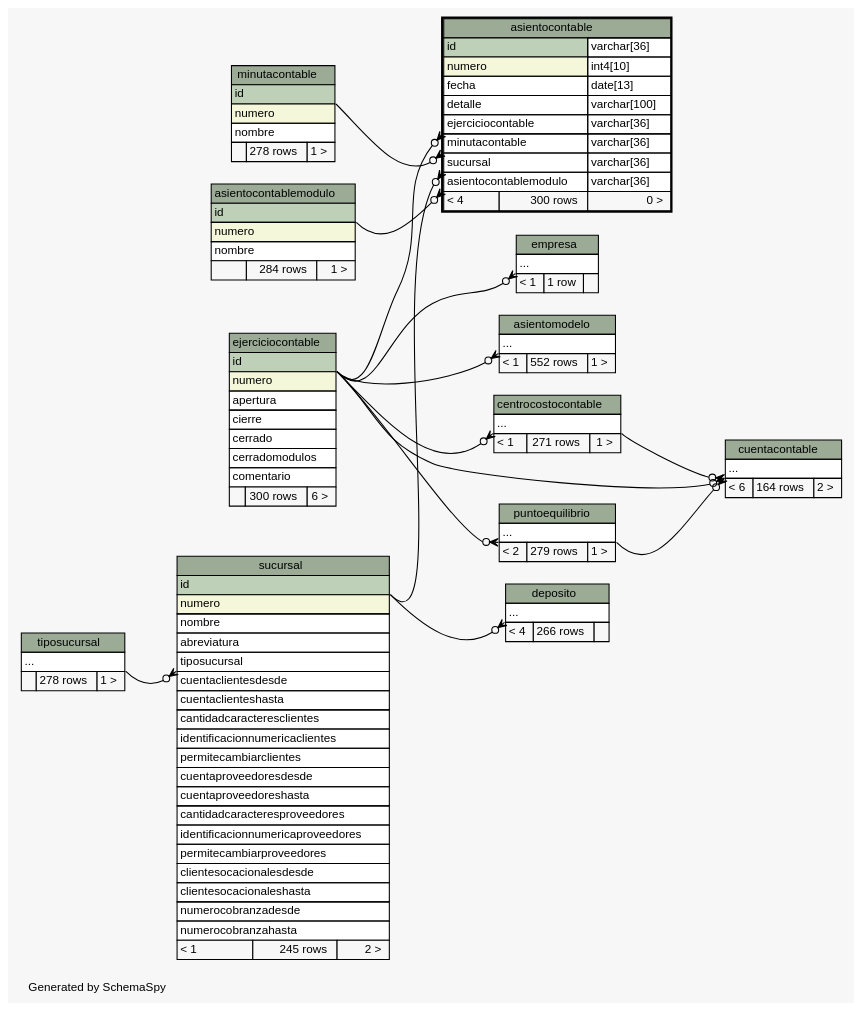
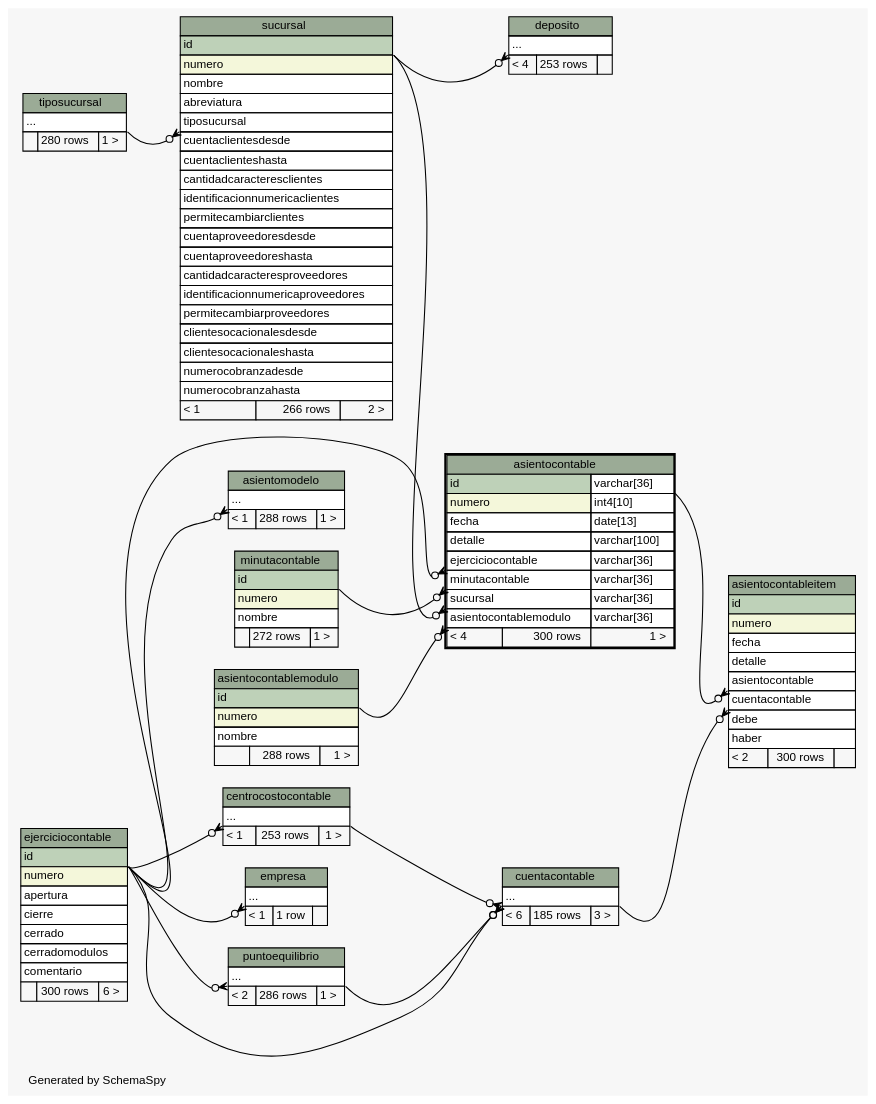
Before and after one commit to diegopablomansilla/massoftware_front: the diagram in postgresql/schemaSpy/salida/diagrams/asientocontable.2degrees.dot, drawn with Graphviz. The commit also changed 546 other files, not shown here.

```diff
--- a/postgresql/schemaSpy/salida/diagrams/asientocontable.2degrees.dot
+++ b/postgresql/schemaSpy/salida/diagrams/asientocontable.2degrees.dot
@@ -23,6 +23,8 @@
   "asientocontable":"ejerciciocontable":sw -> "ejerciciocontable":"id":se [arrowhead=none dir=back arrowtail=crowodot];
   "asientocontable":"minutacontable":sw -> "minutacontable":"id":se [arrowhead=none dir=back arrowtail=crowodot];
   "asientocontable":"sucursal":sw -> "sucursal":"id":se [arrowhead=none dir=back arrowtail=crowodot];
+  "asientocontableitem":"asientocontable":sw -> "asientocontable":"id.type":se [arrowhead=none dir=back arrowtail=crowodot];
+  "asientocontableitem":"cuentacontable":sw -> "cuentacontable":"elipses":se [arrowhead=none dir=back arrowtail=crowodot];
   "asientomodelo":"elipses":sw -> "ejerciciocontable":"id":se [arrowhead=none dir=back arrowtail=crowodot];
   "centrocostocontable":"elipses":sw -> "ejerciciocontable":"id":se [arrowhead=none dir=back arrowtail=crowodot];
   "cuentacontable":"elipses":sw -> "centrocostocontable":"elipses":se [arrowhead=none dir=back arrowtail=crowodot];
@@ -44,10 +46,27 @@
       <TR><TD PORT="minutacontable" COLSPAN="2" ALIGN="LEFT">minutacontable</TD><TD PORT="minutacontable.type" ALIGN="LEFT">varchar[36]</TD></TR>
       <TR><TD PORT="sucursal" COLSPAN="2" ALIGN="LEFT">sucursal</TD><TD PORT="sucursal.type" ALIGN="LEFT">varchar[36]</TD></TR>
       <TR><TD PORT="asientocontablemodulo" COLSPAN="2" ALIGN="LEFT">asientocontablemodulo</TD><TD PORT="asientocontablemodulo.type" ALIGN="LEFT">varchar[36]</TD></TR>
-      <TR><TD ALIGN="LEFT" BGCOLOR="#f7f7f7">&lt; 4</TD><TD ALIGN="RIGHT" BGCOLOR="#f7f7f7">300 rows</TD><TD ALIGN="RIGHT" BGCOLOR="#f7f7f7">0 &gt;</TD></TR>
+      <TR><TD ALIGN="LEFT" BGCOLOR="#f7f7f7">&lt; 4</TD><TD ALIGN="RIGHT" BGCOLOR="#f7f7f7">300 rows</TD><TD ALIGN="RIGHT" BGCOLOR="#f7f7f7">1 &gt;</TD></TR>
     </TABLE>>
     URL="asientocontable.html"
     tooltip="asientocontable"
+  ];
+  "asientocontableitem" [
+    label=<
+    <TABLE BORDER="0" CELLBORDER="1" CELLSPACING="0" BGCOLOR="#ffffff">
+      <TR><TD COLSPAN="3" BGCOLOR="#9bab96" ALIGN="CENTER">asientocontableitem</TD></TR>
+      <TR><TD PORT="id" COLSPAN="3" BGCOLOR="#bed1b8" ALIGN="LEFT">id</TD></TR>
+      <TR><TD PORT="numero" COLSPAN="3" BGCOLOR="#f4f7da" ALIGN="LEFT">numero</TD></TR>
+      <TR><TD PORT="fecha" COLSPAN="3" ALIGN="LEFT">fecha</TD></TR>
+      <TR><TD PORT="detalle" COLSPAN="3" ALIGN="LEFT">detalle</TD></TR>
+      <TR><TD PORT="asientocontable" COLSPAN="3" ALIGN="LEFT">asientocontable</TD></TR>
+      <TR><TD PORT="cuentacontable" COLSPAN="3" ALIGN="LEFT">cuentacontable</TD></TR>
+      <TR><TD PORT="debe" COLSPAN="3" ALIGN="LEFT">debe</TD></TR>
+      <TR><TD PORT="haber" COLSPAN="3" ALIGN="LEFT">haber</TD></TR>
+      <TR><TD ALIGN="LEFT" BGCOLOR="#f7f7f7">&lt; 2</TD><TD ALIGN="RIGHT" BGCOLOR="#f7f7f7">300 rows</TD><TD ALIGN="RIGHT" BGCOLOR="#f7f7f7">  </TD></TR>
+    </TABLE>>
+    URL="asientocontableitem.html"
+    tooltip="asientocontableitem"
   ];
   "asientocontablemodulo" [
     label=<
@@ -56,7 +75,7 @@
       <TR><TD PORT="id" COLSPAN="3" BGCOLOR="#bed1b8" ALIGN="LEFT">id</TD></TR>
       <TR><TD PORT="numero" COLSPAN="3" BGCOLOR="#f4f7da" ALIGN="LEFT">numero</TD></TR>
       <TR><TD PORT="nombre" COLSPAN="3" ALIGN="LEFT">nombre</TD></TR>
-      <TR><TD ALIGN="LEFT" BGCOLOR="#f7f7f7">  </TD><TD ALIGN="RIGHT" BGCOLOR="#f7f7f7">284 rows</TD><TD ALIGN="RIGHT" BGCOLOR="#f7f7f7">1 &gt;</TD></TR>
+      <TR><TD ALIGN="LEFT" BGCOLOR="#f7f7f7">  </TD><TD ALIGN="RIGHT" BGCOLOR="#f7f7f7">288 rows</TD><TD ALIGN="RIGHT" BGCOLOR="#f7f7f7">1 &gt;</TD></TR>
     </TABLE>>
     URL="asientocontablemodulo.html"
     tooltip="asientocontablemodulo"
@@ -66,7 +85,7 @@
     <TABLE BORDER="0" CELLBORDER="1" CELLSPACING="0" BGCOLOR="#ffffff">
       <TR><TD COLSPAN="3" BGCOLOR="#9bab96" ALIGN="CENTER">asientomodelo</TD></TR>
       <TR><TD PORT="elipses" COLSPAN="3" ALIGN="LEFT">...</TD></TR>
-      <TR><TD ALIGN="LEFT" BGCOLOR="#f7f7f7">&lt; 1</TD><TD ALIGN="RIGHT" BGCOLOR="#f7f7f7">552 rows</TD><TD ALIGN="RIGHT" BGCOLOR="#f7f7f7">1 &gt;</TD></TR>
+      <TR><TD ALIGN="LEFT" BGCOLOR="#f7f7f7">&lt; 1</TD><TD ALIGN="RIGHT" BGCOLOR="#f7f7f7">288 rows</TD><TD ALIGN="RIGHT" BGCOLOR="#f7f7f7">1 &gt;</TD></TR>
     </TABLE>>
     URL="asientomodelo.html"
     tooltip="asientomodelo"
@@ -76,7 +95,7 @@
     <TABLE BORDER="0" CELLBORDER="1" CELLSPACING="0" BGCOLOR="#ffffff">
       <TR><TD COLSPAN="3" BGCOLOR="#9bab96" ALIGN="CENTER">centrocostocontable</TD></TR>
       <TR><TD PORT="elipses" COLSPAN="3" ALIGN="LEFT">...</TD></TR>
-      <TR><TD ALIGN="LEFT" BGCOLOR="#f7f7f7">&lt; 1</TD><TD ALIGN="RIGHT" BGCOLOR="#f7f7f7">271 rows</TD><TD ALIGN="RIGHT" BGCOLOR="#f7f7f7">1 &gt;</TD></TR>
+      <TR><TD ALIGN="LEFT" BGCOLOR="#f7f7f7">&lt; 1</TD><TD ALIGN="RIGHT" BGCOLOR="#f7f7f7">253 rows</TD><TD ALIGN="RIGHT" BGCOLOR="#f7f7f7">1 &gt;</TD></TR>
     </TABLE>>
     URL="centrocostocontable.html"
     tooltip="centrocostocontable"
@@ -86,7 +105,7 @@
     <TABLE BORDER="0" CELLBORDER="1" CELLSPACING="0" BGCOLOR="#ffffff">
       <TR><TD COLSPAN="3" BGCOLOR="#9bab96" ALIGN="CENTER">cuentacontable</TD></TR>
       <TR><TD PORT="elipses" COLSPAN="3" ALIGN="LEFT">...</TD></TR>
-      <TR><TD ALIGN="LEFT" BGCOLOR="#f7f7f7">&lt; 6</TD><TD ALIGN="RIGHT" BGCOLOR="#f7f7f7">164 rows</TD><TD ALIGN="RIGHT" BGCOLOR="#f7f7f7">2 &gt;</TD></TR>
+      <TR><TD ALIGN="LEFT" BGCOLOR="#f7f7f7">&lt; 6</TD><TD ALIGN="RIGHT" BGCOLOR="#f7f7f7">185 rows</TD><TD ALIGN="RIGHT" BGCOLOR="#f7f7f7">3 &gt;</TD></TR>
     </TABLE>>
     URL="cuentacontable.html"
     tooltip="cuentacontable"
@@ -96,7 +115,7 @@
     <TABLE BORDER="0" CELLBORDER="1" CELLSPACING="0" BGCOLOR="#ffffff">
       <TR><TD COLSPAN="3" BGCOLOR="#9bab96" ALIGN="CENTER">deposito</TD></TR>
       <TR><TD PORT="elipses" COLSPAN="3" ALIGN="LEFT">...</TD></TR>
-      <TR><TD ALIGN="LEFT" BGCOLOR="#f7f7f7">&lt; 4</TD><TD ALIGN="RIGHT" BGCOLOR="#f7f7f7">266 rows</TD><TD ALIGN="RIGHT" BGCOLOR="#f7f7f7">  </TD></TR>
+      <TR><TD ALIGN="LEFT" BGCOLOR="#f7f7f7">&lt; 4</TD><TD ALIGN="RIGHT" BGCOLOR="#f7f7f7">253 rows</TD><TD ALIGN="RIGHT" BGCOLOR="#f7f7f7">  </TD></TR>
     </TABLE>>
     URL="deposito.html"
     tooltip="deposito"
@@ -134,7 +153,7 @@
       <TR><TD PORT="id" COLSPAN="3" BGCOLOR="#bed1b8" ALIGN="LEFT">id</TD></TR>
       <TR><TD PORT="numero" COLSPAN="3" BGCOLOR="#f4f7da" ALIGN="LEFT">numero</TD></TR>
       <TR><TD PORT="nombre" COLSPAN="3" ALIGN="LEFT">nombre</TD></TR>
-      <TR><TD ALIGN="LEFT" BGCOLOR="#f7f7f7">  </TD><TD ALIGN="RIGHT" BGCOLOR="#f7f7f7">278 rows</TD><TD ALIGN="RIGHT" BGCOLOR="#f7f7f7">1 &gt;</TD></TR>
+      <TR><TD ALIGN="LEFT" BGCOLOR="#f7f7f7">  </TD><TD ALIGN="RIGHT" BGCOLOR="#f7f7f7">272 rows</TD><TD ALIGN="RIGHT" BGCOLOR="#f7f7f7">1 &gt;</TD></TR>
     </TABLE>>
     URL="minutacontable.html"
     tooltip="minutacontable"
@@ -144,7 +163,7 @@
     <TABLE BORDER="0" CELLBORDER="1" CELLSPACING="0" BGCOLOR="#ffffff">
       <TR><TD COLSPAN="3" BGCOLOR="#9bab96" ALIGN="CENTER">puntoequilibrio</TD></TR>
       <TR><TD PORT="elipses" COLSPAN="3" ALIGN="LEFT">...</TD></TR>
-      <TR><TD ALIGN="LEFT" BGCOLOR="#f7f7f7">&lt; 2</TD><TD ALIGN="RIGHT" BGCOLOR="#f7f7f7">279 rows</TD><TD ALIGN="RIGHT" BGCOLOR="#f7f7f7">1 &gt;</TD></TR>
+      <TR><TD ALIGN="LEFT" BGCOLOR="#f7f7f7">&lt; 2</TD><TD ALIGN="RIGHT" BGCOLOR="#f7f7f7">286 rows</TD><TD ALIGN="RIGHT" BGCOLOR="#f7f7f7">1 &gt;</TD></TR>
     </TABLE>>
     URL="puntoequilibrio.html"
     tooltip="puntoequilibrio"
@@ -172,7 +191,7 @@
       <TR><TD PORT="clientesocacionaleshasta" COLSPAN="3" ALIGN="LEFT">clientesocacionaleshasta</TD></TR>
       <TR><TD PORT="numerocobranzadesde" COLSPAN="3" ALIGN="LEFT">numerocobranzadesde</TD></TR>
       <TR><TD PORT="numerocobranzahasta" COLSPAN="3" ALIGN="LEFT">numerocobranzahasta</TD></TR>
-      <TR><TD ALIGN="LEFT" BGCOLOR="#f7f7f7">&lt; 1</TD><TD ALIGN="RIGHT" BGCOLOR="#f7f7f7">245 rows</TD><TD ALIGN="RIGHT" BGCOLOR="#f7f7f7">2 &gt;</TD></TR>
+      <TR><TD ALIGN="LEFT" BGCOLOR="#f7f7f7">&lt; 1</TD><TD ALIGN="RIGHT" BGCOLOR="#f7f7f7">266 rows</TD><TD ALIGN="RIGHT" BGCOLOR="#f7f7f7">2 &gt;</TD></TR>
     </TABLE>>
     URL="sucursal.html"
     tooltip="sucursal"
@@ -182,7 +201,7 @@
     <TABLE BORDER="0" CELLBORDER="1" CELLSPACING="0" BGCOLOR="#ffffff">
       <TR><TD COLSPAN="3" BGCOLOR="#9bab96" ALIGN="CENTER">tiposucursal</TD></TR>
       <TR><TD PORT="elipses" COLSPAN="3" ALIGN="LEFT">...</TD></TR>
-      <TR><TD ALIGN="LEFT" BGCOLOR="#f7f7f7">  </TD><TD ALIGN="RIGHT" BGCOLOR="#f7f7f7">278 rows</TD><TD ALIGN="RIGHT" BGCOLOR="#f7f7f7">1 &gt;</TD></TR>
+      <TR><TD ALIGN="LEFT" BGCOLOR="#f7f7f7">  </TD><TD ALIGN="RIGHT" BGCOLOR="#f7f7f7">280 rows</TD><TD ALIGN="RIGHT" BGCOLOR="#f7f7f7">1 &gt;</TD></TR>
     </TABLE>>
     URL="tiposucursal.html"
     tooltip="tiposucursal"
```
